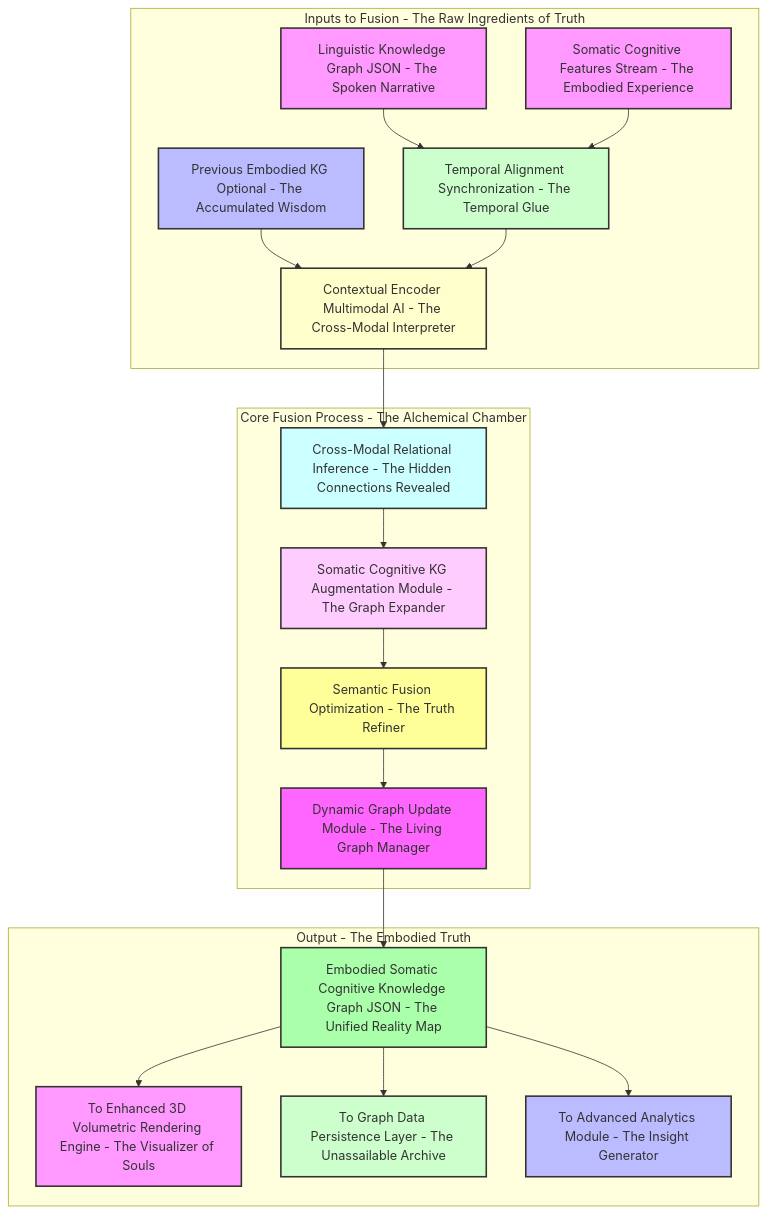
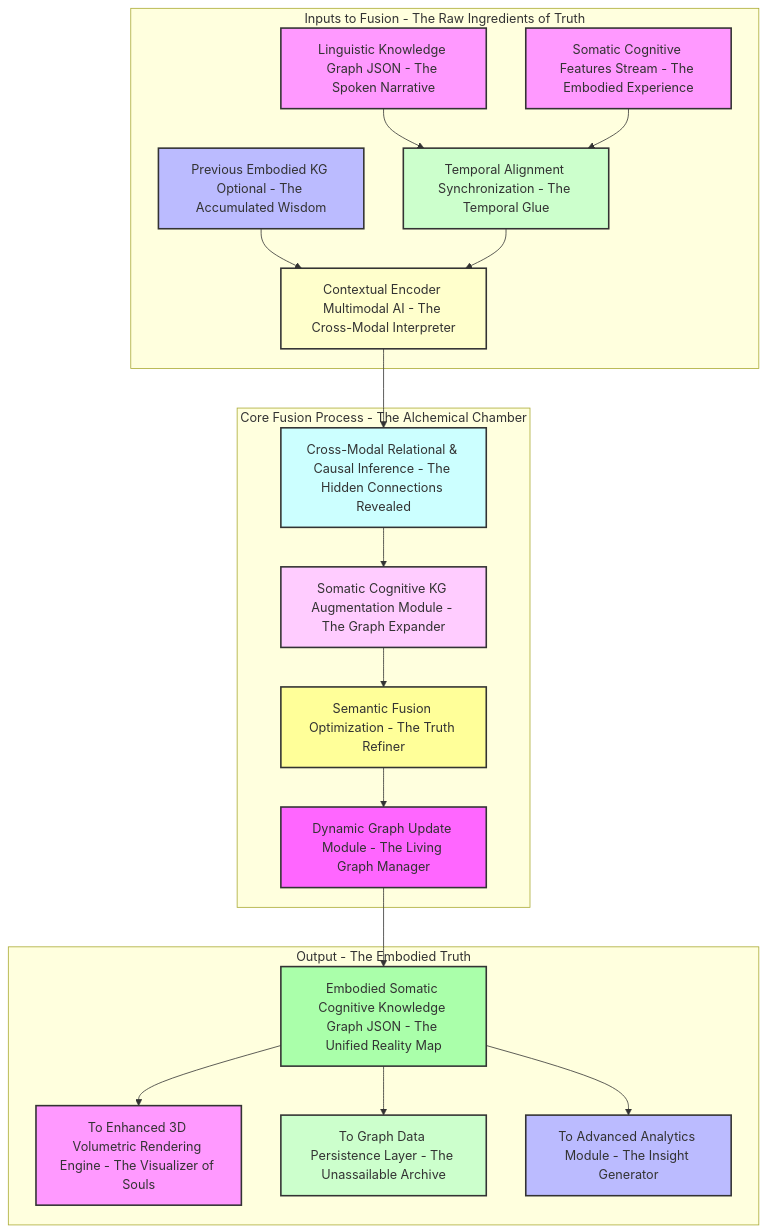
Before and after one commit to diplomat-bit/Citibank_Demo_Business_Inc_Demonstration-: the fifth of 9 diagrams in inventions/inventions/012_holographic_meeting_scribe/014_multimodal_somatic_cognitive_graph_integration.md, drawn with Mermaid. The commit also changed other lines of this file, not shown here.

````diff
--- a/inventions/inventions/012_holographic_meeting_scribe/014_multimodal_somatic_cognitive_graph_integration.md
+++ b/inventions/inventions/012_holographic_meeting_scribe/014_multimodal_somatic_cognitive_graph_integration.md
@@ -339,40 +357,40 @@
 ```mermaid
 graph TD
     subgraph Inputs to Fusion - The Raw Ingredients of Truth
         LKG_IN[Linguistic Knowledge Graph JSON - The Spoken Narrative] --> TEMP_ALIGN[Temporal Alignment Synchronization - The Temporal Glue];
         SOM_FEATS[Somatic Cognitive Features Stream - The Embodied Experience] --> TEMP_ALIGN;
         
         PRIOR_ESCKG[Previous Embodied KG Optional - The Accumulated Wisdom] --> CONTEXT_ENC[Contextual Encoder Multimodal AI - The Cross-Modal Interpreter];
     end
 
     subgraph Core Fusion Process - The Alchemical Chamber
         TEMP_ALIGN --> CONTEXT_ENC;
-        CONTEXT_ENC --> CROSS_MOD_INF[Cross-Modal Relational Inference - The Hidden Connections Revealed];
+        CONTEXT_ENC --> CROSS_MOD_INF[Cross-Modal Relational & Causal Inference - The Hidden Connections Revealed];
         CROSS_MOD_INF --> SOM_KG_GEN[Somatic Cognitive KG Augmentation Module - The Graph Expander];
         SOM_KG_GEN --> SEM_FUSION_OPT[Semantic Fusion Optimization - The Truth Refiner];
         SEM_FUSION_OPT --> DYN_GRAPH_UPDATE_MOD[Dynamic Graph Update Module - The Living Graph Manager];
     end
 
     subgraph Output - The Embodied Truth
         DYN_GRAPH_UPDATE_MOD --> ESCKG_OUT[Embodied Somatic Cognitive Knowledge Graph JSON - The Unified Reality Map];
         ESCKG_OUT --> TO_RENDER[To Enhanced 3D Volumetric Rendering Engine - The Visualizer of Souls];
         ESCKG_OUT --> TO_PERSIST[To Graph Data Persistence Layer - The Unassailable Archive];
         ESCKG_OUT --> TO_ANALYTICS[To Advanced Analytics Module - The Insight Generator];
     end
 
     style LKG_IN fill:#f9f,stroke:#333,stroke-width:2px
     style SOM_FEATS fill:#f9f,stroke:#333,stroke-width:2px
     style PRIOR_ESCKG fill:#bbf,stroke:#333,stroke-width:2px
 
     style TEMP_ALIGN fill:#cfc,stroke:#333,stroke-width:2px
     style CONTEXT_ENC fill:#ffc,stroke:#333,stroke-width:2px
     style CROSS_MOD_INF fill:#cff,stroke:#333,stroke-width:2px
     style SOM_KG_GEN fill:#fcf,stroke:#333,stroke-width:2px
     style SEM_FUSION_OPT fill:#ff9,stroke:#333,stroke-width:2px
     style DYN_GRAPH_UPDATE_MOD fill:#f6f,stroke:#333,stroke-width:2px
 
     style ESCKG_OUT fill:#aaffaa,stroke:#333,stroke-width:2px
     style TO_RENDER fill:#f9f,stroke:#333,stroke-width:2px
     style TO_PERSIST fill:#cfc,stroke:#333,stroke-width:2px
     style TO_ANALYTICS fill:#bbf,stroke:#333,stroke-width:2px
 ```
````
